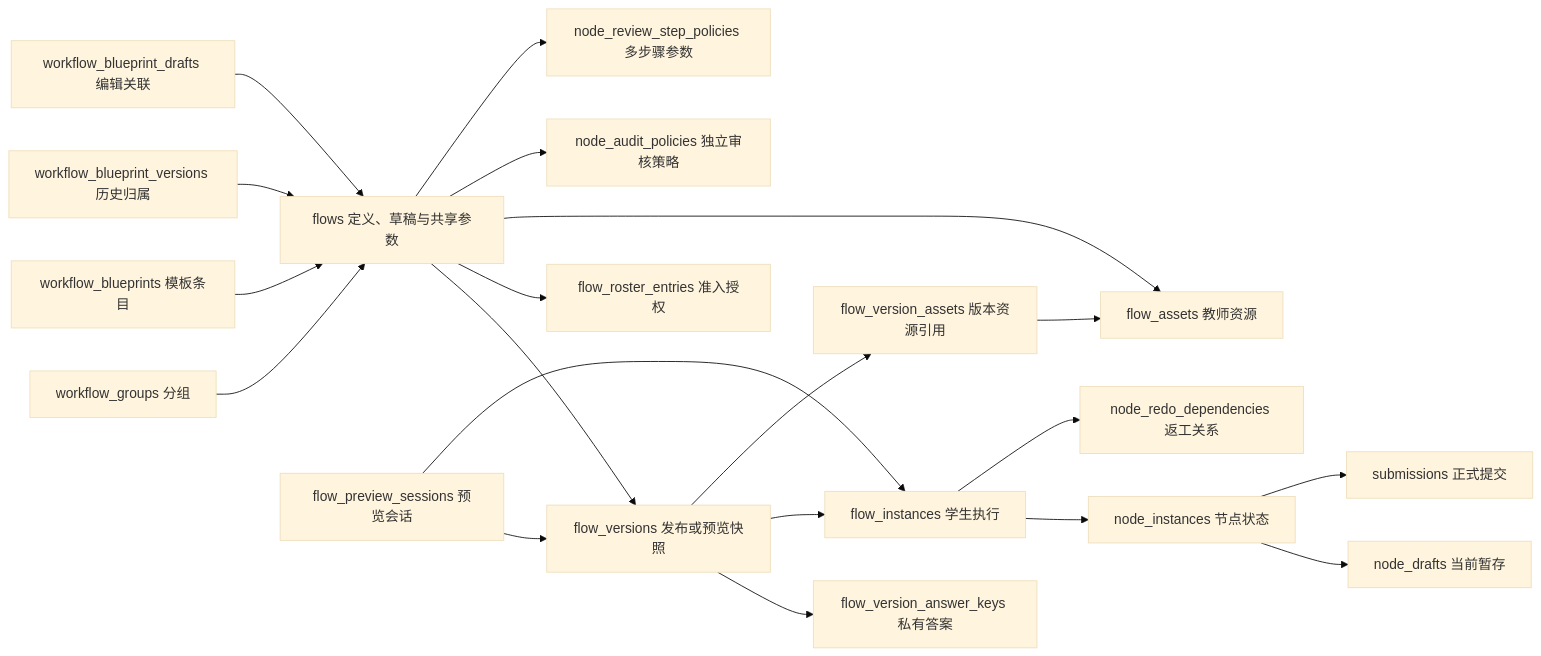
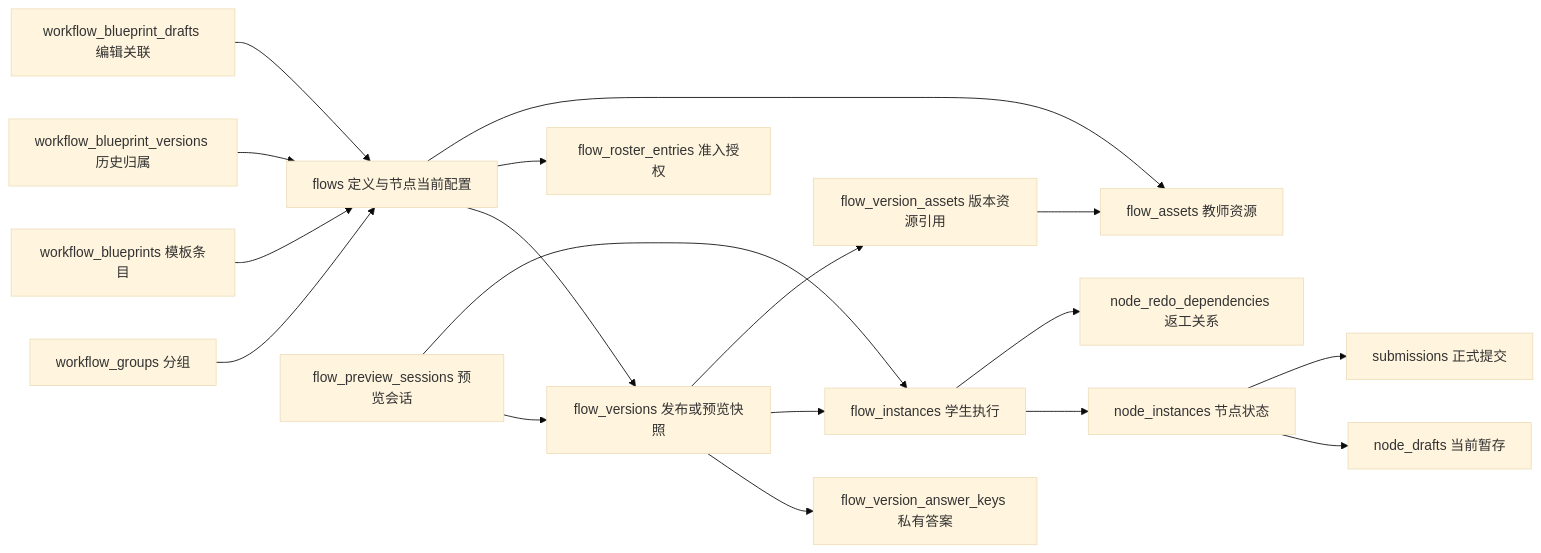
The diagram in docs/database-table-consolidation-audit.md (layerism/moyin), drawn with Mermaid (base theme) before and after one commit. The commit also changed other lines of this file and 30 other files, not shown here.

Commit message:
refactor: consolidate published node configuration into flows

````diff
--- a/docs/database-table-consolidation-audit.md
+++ b/docs/database-table-consolidation-audit.md
@@ -65,22 +63,20 @@
 ```mermaid
 flowchart LR
-    G[workflow_groups 分组] --> F[flows 定义、草稿与共享参数]
+    G[workflow_groups 分组] --> F[flows 定义与节点当前配置]
     F --> V[flow_versions 发布或预览快照]
     V --> K[flow_version_answer_keys 私有答案]
     V --> I[flow_instances 学生执行]
     I --> N[node_instances 节点状态]
     N --> D[node_drafts 当前暂存]
     N --> S[submissions 正式提交]
     F --> R[flow_roster_entries 准入授权]
     F --> A[flow_assets 教师资源]
-    F --> P[node_audit_policies 独立审核策略]
-    F --> Q[node_review_step_policies 多步骤参数]
     I --> X[node_redo_dependencies 返工关系]
     E[flow_preview_sessions 预览会话] --> V
     E --> I
     V --> VA[flow_version_assets 版本资源引用]
     VA --> A
     B[workflow_blueprints 模板条目] --> F
     BV[workflow_blueprint_versions 历史归属] --> F
     BD[workflow_blueprint_drafts 编辑关联] --> F
 ```
````
